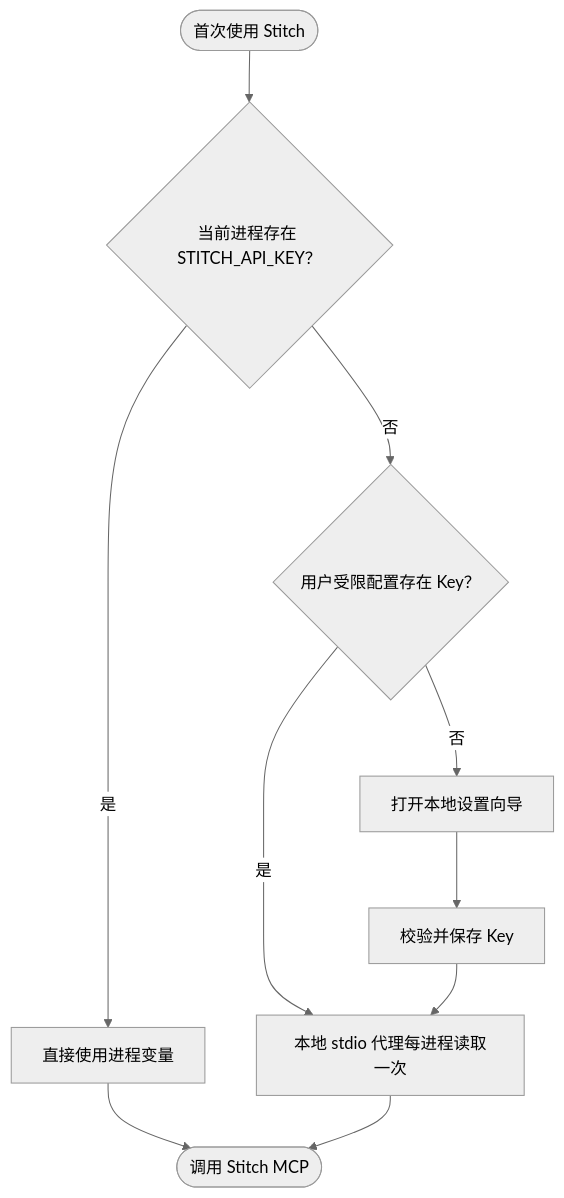
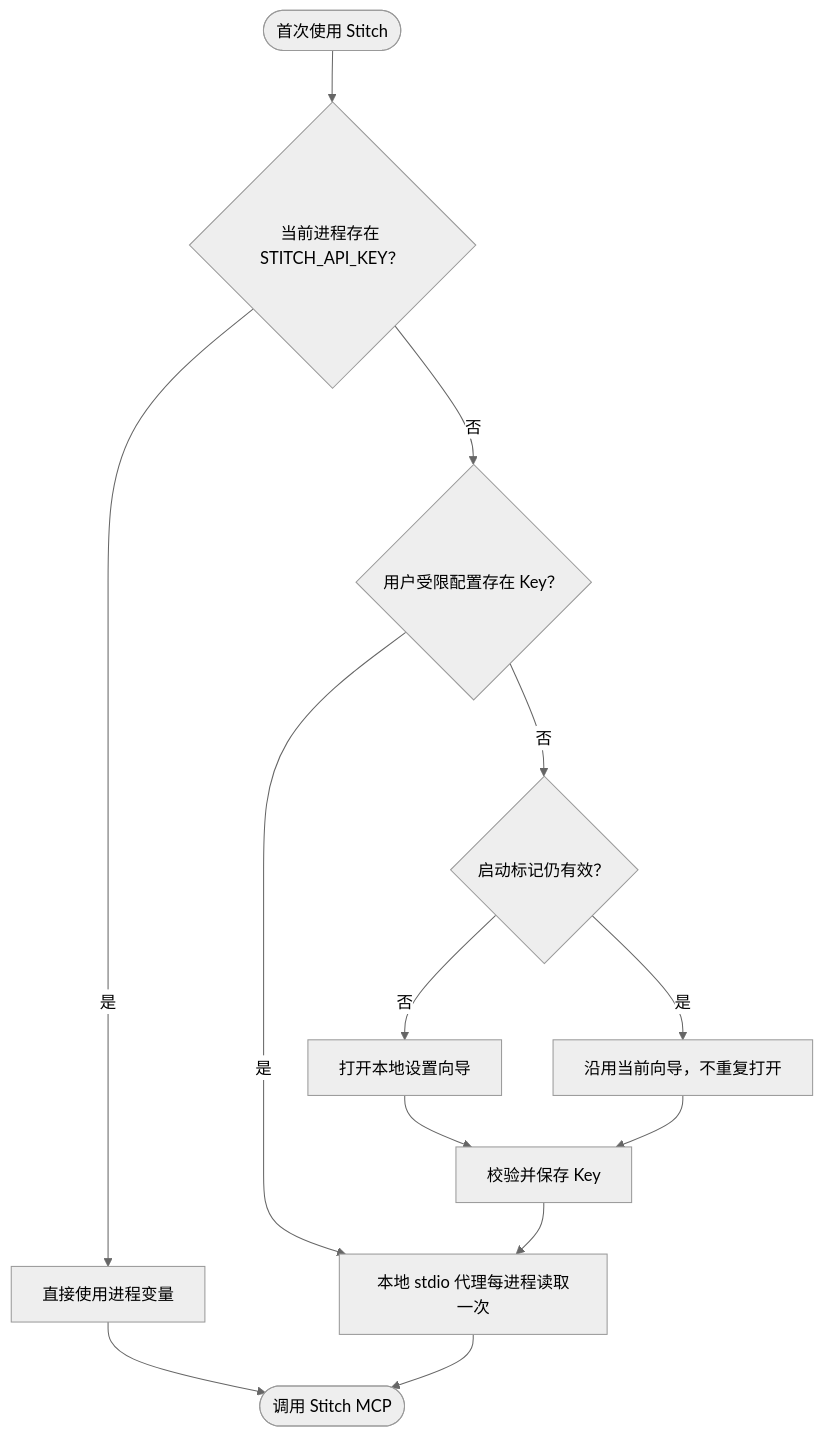
One commit to full-stack-plugins/stitch-design-plugin changed the second of 6 diagrams in docs/Stitch-Design-Technical-Solution.zh_CN.md. Above: the diagram before and after it, drawn with Mermaid (neutral theme). The commit also changed other lines of this file and 17 other files, not shown here.

````diff
--- a/docs/Stitch-Design-Technical-Solution.zh_CN.md
+++ b/docs/Stitch-Design-Technical-Solution.zh_CN.md
@@ -71,12 +72,15 @@
 ```mermaid
 flowchart TD
     Start(["首次使用 Stitch"]) --> Env{"当前进程存在 STITCH_API_KEY？"}
     Env -->|是| Direct["直接使用进程变量"]
     Env -->|否| Store{"用户受限配置存在 Key？"}
     Store -->|是| Inject["本地 stdio 代理每进程读取一次"]
-    Store -->|否| Wizard["打开本地设置向导"]
+    Store -->|否| Gate{"启动标记仍有效？"}
+    Gate -->|否| Wizard["打开本地设置向导"]
+    Gate -->|是| Wait["沿用当前向导，不重复打开"]
     Wizard --> Save["校验并保存 Key"]
     Save --> Inject
+    Wait --> Save
     Direct --> Ready(["调用 Stitch MCP"])
     Inject --> Ready
 ```
````
